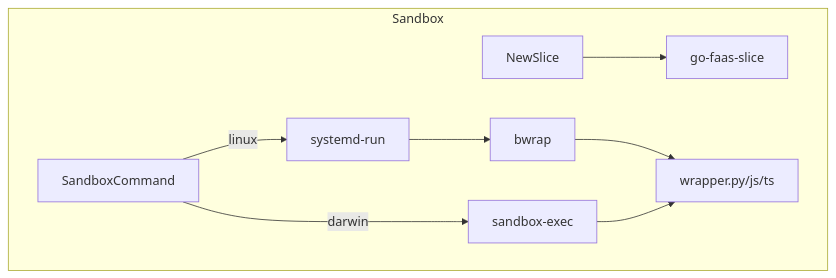
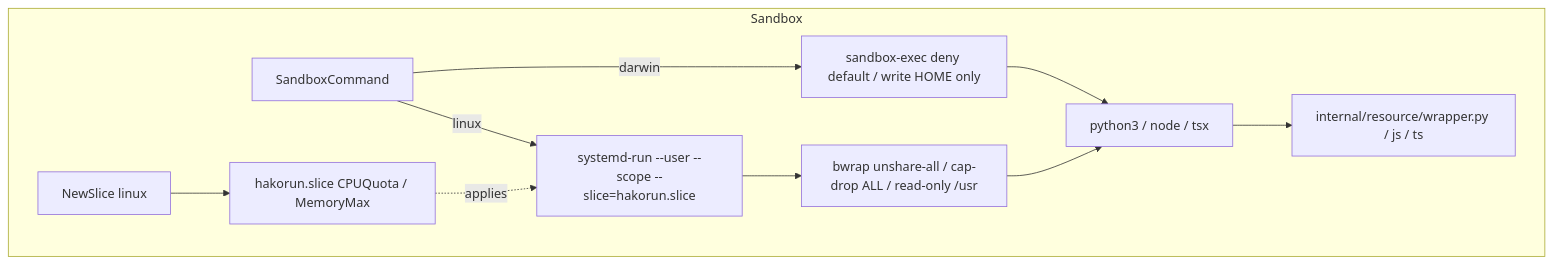
The seventh of 10 diagrams in doc/architecture.md (pardnchiu/HakoRun), drawn with Mermaid before and after one commit. The commit also changed other lines of this file and 17 other files, not shown here.

````diff
--- a/doc/architecture.md
+++ b/doc/architecture.md
@@ -72,12 +142,13 @@
 ```mermaid
 graph TB
     subgraph Sandbox
-        NewSlice[NewSlice] --> SliceUnit[go-faas-slice]
-        SandboxCommand[SandboxCommand]
-        SandboxCommand -->|linux| SystemdRun[systemd-run]
-        SystemdRun --> Bwrap[bwrap]
-        Bwrap --> Wrapper[wrapper.py/js/ts]
-        SandboxCommand -->|darwin| Seatbelt[sandbox-exec]
-        Seatbelt --> Wrapper
+        SandboxCommand[SandboxCommand] -->|linux| SystemdRun[systemd-run --user --scope --slice=hakorun.slice]
+        SystemdRun --> Bwrap[bwrap unshare-all / cap-drop ALL / read-only /usr]
+        SandboxCommand -->|darwin| Seatbelt[sandbox-exec deny default / write HOME only]
+        Bwrap --> Runtime[python3 / node / tsx]
+        Seatbelt --> Runtime
+        Runtime --> Wrapper[internal/resource/wrapper.py / js / ts]
+        NewSlice[NewSlice linux] --> SliceFile[hakorun.slice CPUQuota / MemoryMax]
     end
+    SliceFile -.applies.-> SystemdRun
 ```
````
